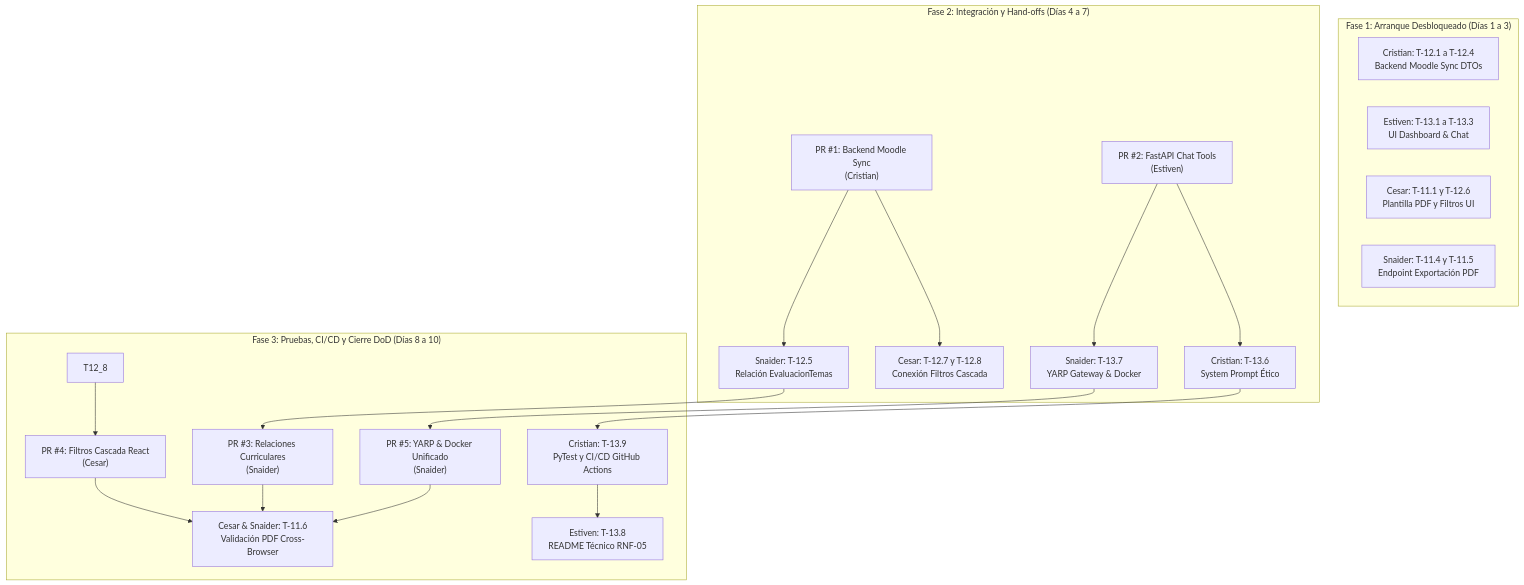
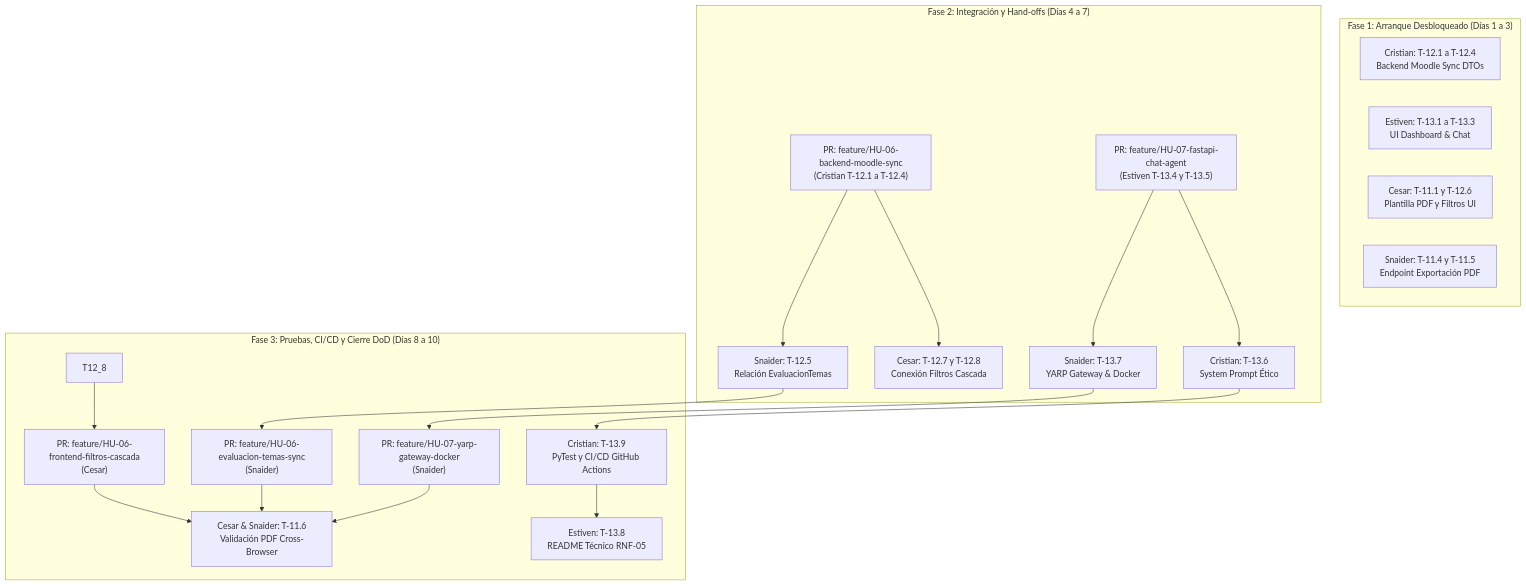
Before and after one commit to SnaiderToainga/ProyectoAgiles_AI: the diagram in docs/SPRINT3_GUIA_IMPLEMENTACION_EQUIPO.md, drawn with Mermaid. The commit also changed other lines of this file, not shown here.

````diff
--- a/docs/SPRINT3_GUIA_IMPLEMENTACION_EQUIPO.md
+++ b/docs/SPRINT3_GUIA_IMPLEMENTACION_EQUIPO.md
@@ -17,25 +17,25 @@
 ```mermaid
 flowchart TD
     subgraph FASE1["Fase 1: Arranque Desbloqueado (Días 1 a 3)"]
         T12_1["Cristian: T-12.1 a T-12.4\nBackend Moodle Sync DTOs"]
         T13_1["Estiven: T-13.1 a T-13.3\nUI Dashboard & Chat"]
         T11_1["Cesar: T-11.1 y T-12.6\nPlantilla PDF y Filtros UI"]
         T11_4["Snaider: T-11.4 y T-11.5\nEndpoint Exportación PDF"]
     end
 
     subgraph FASE2["Fase 2: Integración y Hand-offs (Días 4 a 7)"]
-        PR_Moodle["PR #1: Backend Moodle Sync\n(Cristian)"] --> T12_5["Snaider: T-12.5\nRelación EvaluacionTemas"]
+        PR_Moodle["PR: feature/HU-06-backend-moodle-sync\n(Cristian T-12.1 a T-12.4)"] --> T12_5["Snaider: T-12.5\nRelación EvaluacionTemas"]
         PR_Moodle --> T12_7["Cesar: T-12.7 y T-12.8\nConexión Filtros Cascada"]
-        PR_FastAPI["PR #2: FastAPI Chat Tools\n(Estiven)"] --> T13_7["Snaider: T-13.7\nYARP Gateway & Docker"]
+        PR_FastAPI["PR: feature/HU-07-fastapi-chat-agent\n(Estiven T-13.4 y T-13.5)"] --> T13_7["Snaider: T-13.7\nYARP Gateway & Docker"]
         PR_FastAPI --> T13_6["Cristian: T-13.6\nSystem Prompt Ético"]
     end
 
     subgraph FASE3["Fase 3: Pruebas, CI/CD y Cierre DoD (Días 8 a 10)"]
-        T12_5 --> PR_Relaciones["PR #3: Relaciones Curriculares\n(Snaider)"]
-        T12_8 --> PR_Filtros["PR #4: Filtros Cascada React\n(Cesar)"]
-        T13_7 --> PR_Infra["PR #5: YARP & Docker Unificado\n(Snaider)"]
+        T12_5 --> PR_Relaciones["PR: feature/HU-06-evaluacion-temas-sync\n(Snaider)"]
+        T12_8 --> PR_Filtros["PR: feature/HU-06-frontend-filtros-cascada\n(Cesar)"]
+        T13_7 --> PR_Infra["PR: feature/HU-07-yarp-gateway-docker\n(Snaider)"]
         T13_6 --> T13_9["Cristian: T-13.9\nPyTest y CI/CD GitHub Actions"]
         PR_Relaciones & PR_Filtros & PR_Infra --> T11_6["Cesar & Snaider: T-11.6\nValidación PDF Cross-Browser"]
         T13_9 --> T13_8["Estiven: T-13.8\nREADME Técnico RNF-05"]
     end
 ```
````
